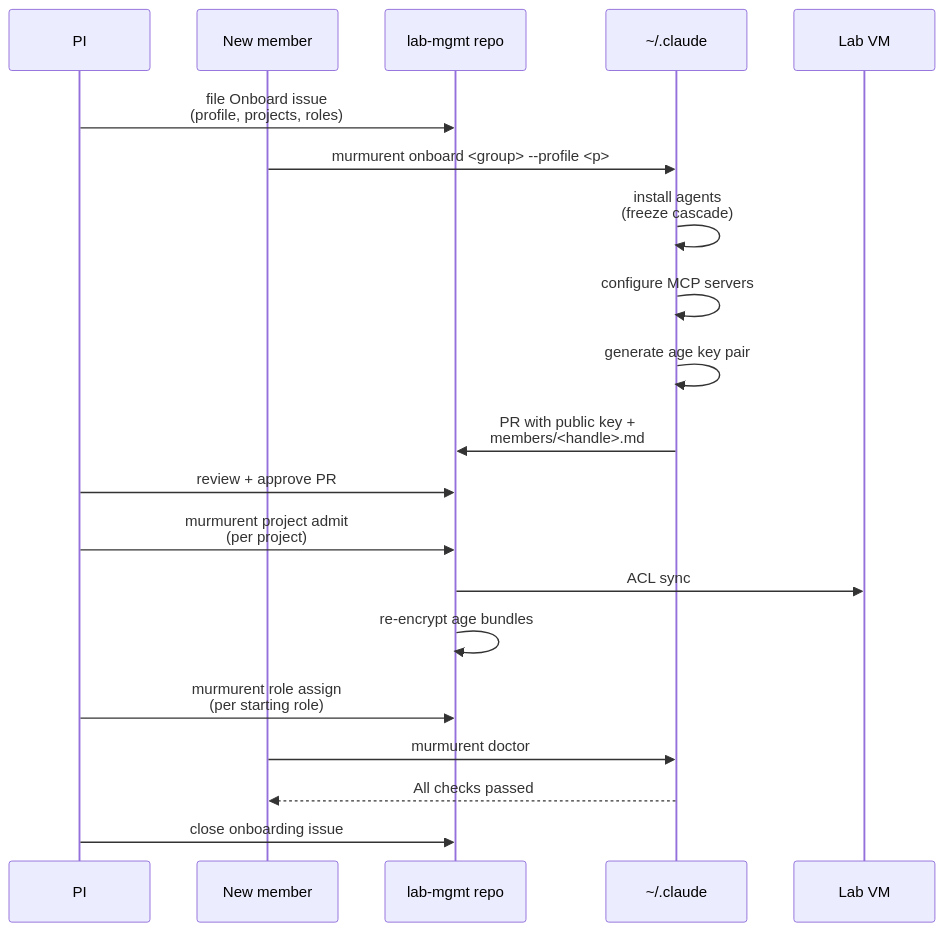
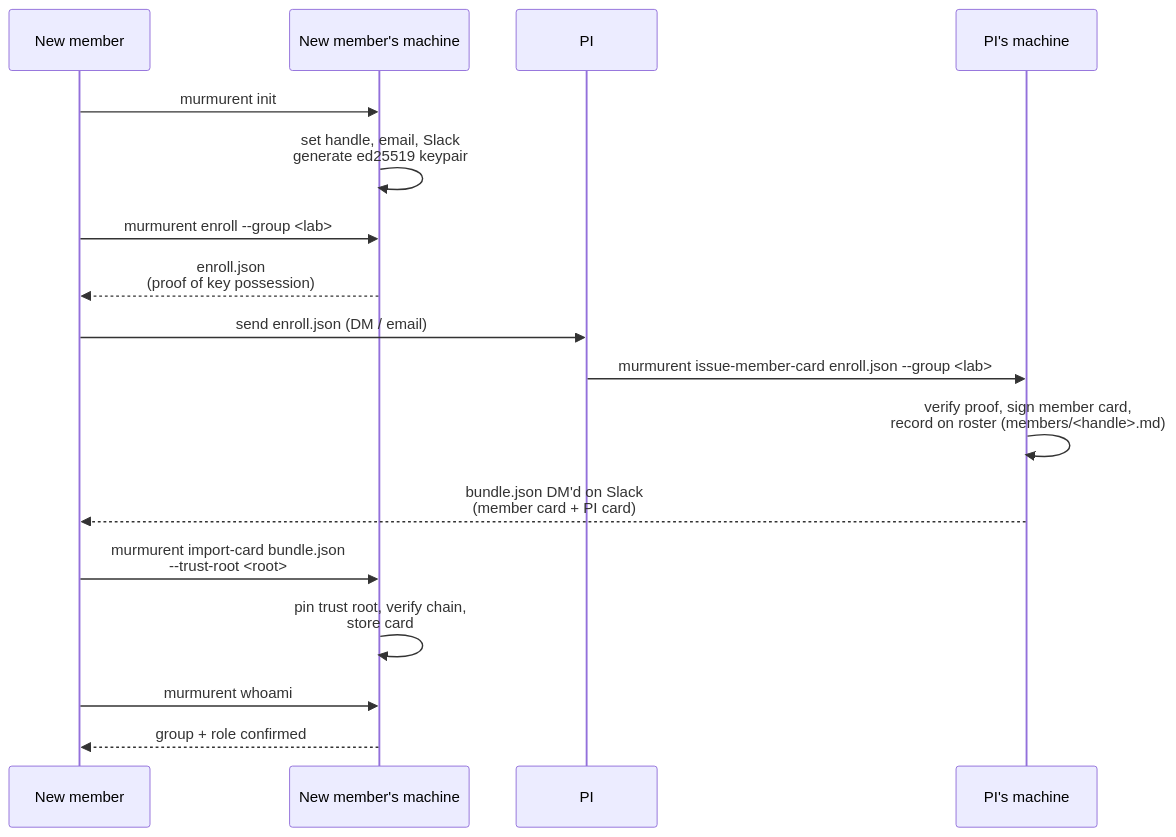
Before and after one commit to hallettmiket/murmurent: the fifth of 7 diagrams in docs/diagrams.md, drawn with Mermaid. The commit also changed other lines of this file and 17 other files, not shown here.

````diff
--- a/docs/diagrams.md
+++ b/docs/diagrams.md
@@ -121,22 +123,19 @@
 ```mermaid
 sequenceDiagram
+    participant New as New member
+    participant NM as New member's machine
     participant PI
-    participant New as New member
-    participant LMR as lab-mgmt repo
-    participant CC as ~/.claude
-    participant LV as Lab VM
-    PI->>LMR: file Onboard issue<br/>(profile, projects, roles)
-    New->>CC: murmurent onboard <group> --profile <p>
-    CC->>CC: install agents<br/>(freeze cascade)
-    CC->>CC: configure MCP servers
-    CC->>CC: generate age key pair
-    CC->>LMR: PR with public key +<br/>members/<handle>.md
-    PI->>LMR: review + approve PR
-    PI->>LMR: murmurent project admit<br/>(per project)
-    LMR->>LV: ACL sync
-    LMR->>LMR: re-encrypt age bundles
-    PI->>LMR: murmurent role assign<br/>(per starting role)
-    New->>CC: murmurent doctor
-    CC-->>New: All checks passed
-    PI->>LMR: close onboarding issue
+    participant PM as PI's machine
+    New->>NM: murmurent init
+    NM->>NM: set handle, email, Slack<br/>generate ed25519 keypair
+    New->>NM: murmurent enroll --group <lab>
+    NM-->>New: enroll.json<br/>(proof of key possession)
+    New->>PI: send enroll.json (DM / email)
+    PI->>PM: murmurent issue-member-card enroll.json --group <lab>
+    PM->>PM: verify proof, sign member card,<br/>record on roster (members/<handle>.md)
+    PM-->>New: bundle.json DM'd on Slack<br/>(member card + PI card)
+    New->>NM: murmurent import-card bundle.json<br/>--trust-root <root>
+    NM->>NM: pin trust root, verify chain,<br/>store card
+    New->>NM: murmurent whoami
+    NM-->>New: group + role confirmed
 ```
````
